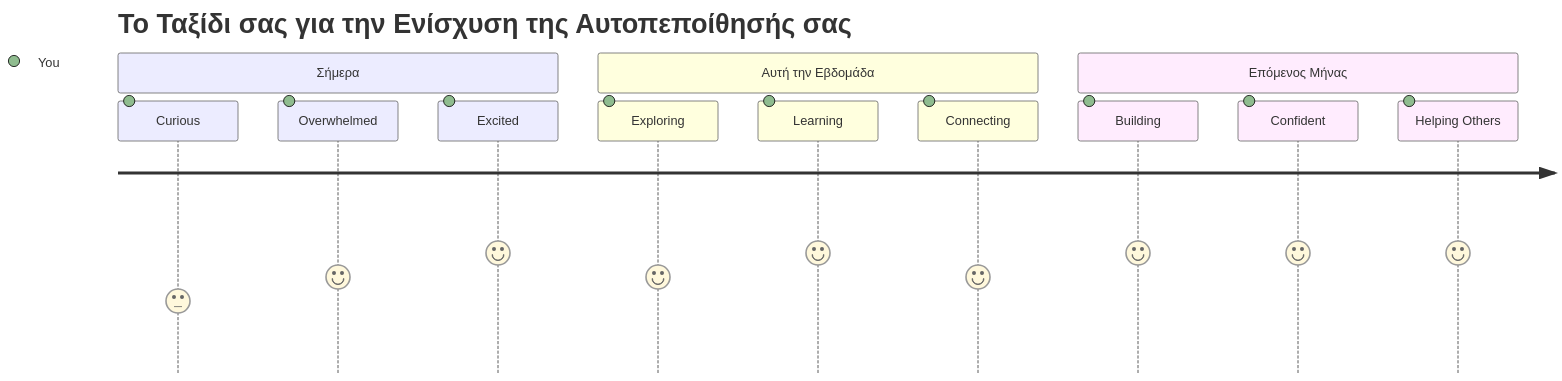
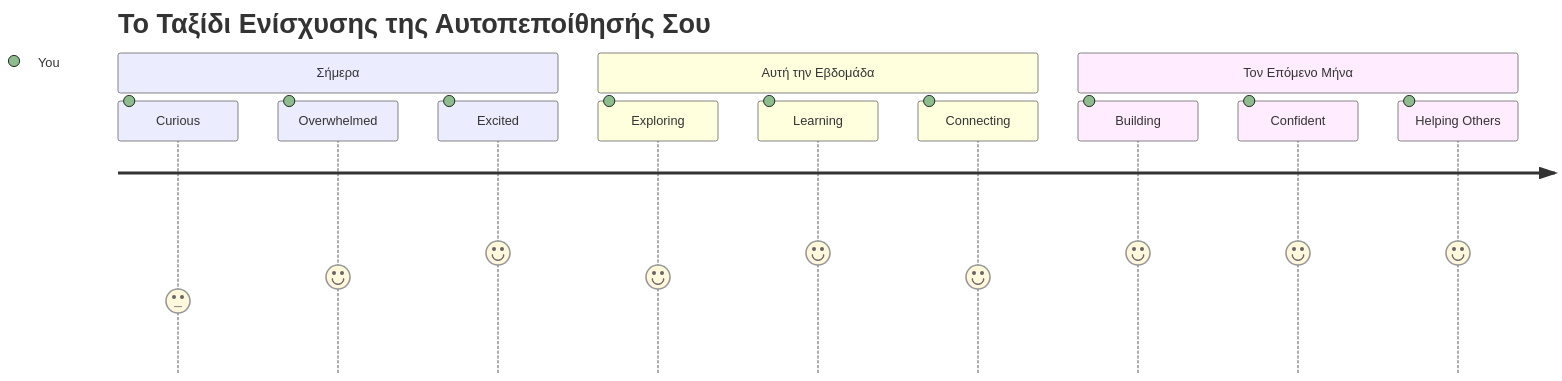
The seventh of 7 diagrams in translations/el/1-getting-started-lessons/1-intro-to-programming-languages/README.md (microsoft/Web-Dev-For-Beginners), drawn with Mermaid before and after one commit. The commit also changed other lines of this file and 11 other files, not shown here.

````diff
--- a/translations/el/1-getting-started-lessons/1-intro-to-programming-languages/README.md
+++ b/translations/el/1-getting-started-lessons/1-intro-to-programming-languages/README.md
@@ -830,16 +831,16 @@
 ```mermaid
 journey
-    title Το Ταξίδι σας για την Ενίσχυση της Αυτοπεποίθησής σας
+    title Το Ταξίδι Ενίσχυσης της Αυτοπεποίθησής Σου
     section Σήμερα
       Curious: 3: You
       Overwhelmed: 4: You
       Excited: 5: You
     section Αυτή την Εβδομάδα
       Exploring: 4: You
       Learning: 5: You
       Connecting: 4: You
-    section Επόμενος Μήνας
+    section Τον Επόμενο Μήνα
       Building: 5: You
       Confident: 5: You
       Helping Others: 5: You
 ```
````
